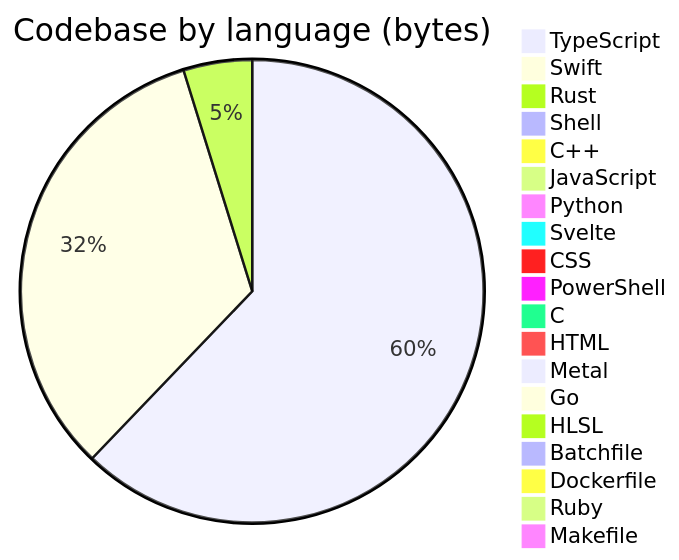
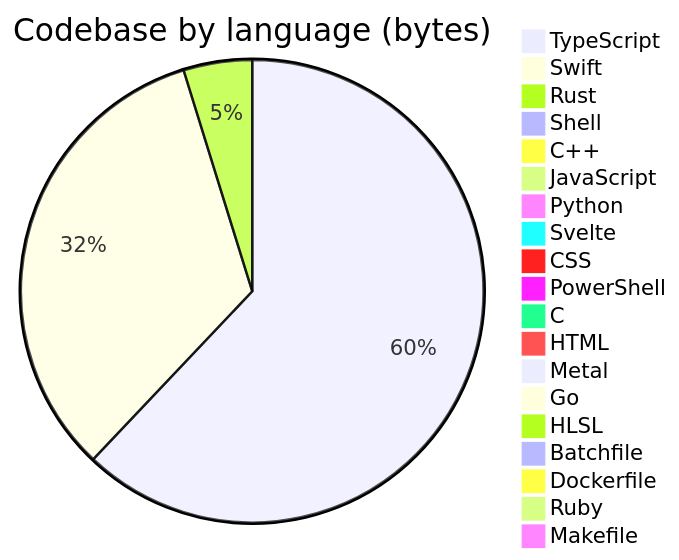
One commit to Open330/.github changed the diagram in profile/README.md. Above: the diagram before and after it, drawn with Mermaid. The commit also changed other lines of this file, not shown here.

````diff
--- a/profile/README.md
+++ b/profile/README.md
@@ -130,22 +130,22 @@
 ```mermaid
 pie title Codebase by language (bytes)
     "TypeScript" : 34474664
-    "Swift" : 18327514
+    "Swift" : 18414467
     "Rust" : 2661626
     "Shell" : 500356
     "C++" : 388775
     "JavaScript" : 368493
     "Python" : 342510
     "Svelte" : 143451
     "CSS" : 142903
     "PowerShell" : 128198
     "C" : 114143
     "HTML" : 50085
     "Metal" : 33033
     "Go" : 22811
     "HLSL" : 7527
     "Batchfile" : 5870
     "Dockerfile" : 4893
     "Ruby" : 1554
     "Makefile" : 1150
 ```
````
